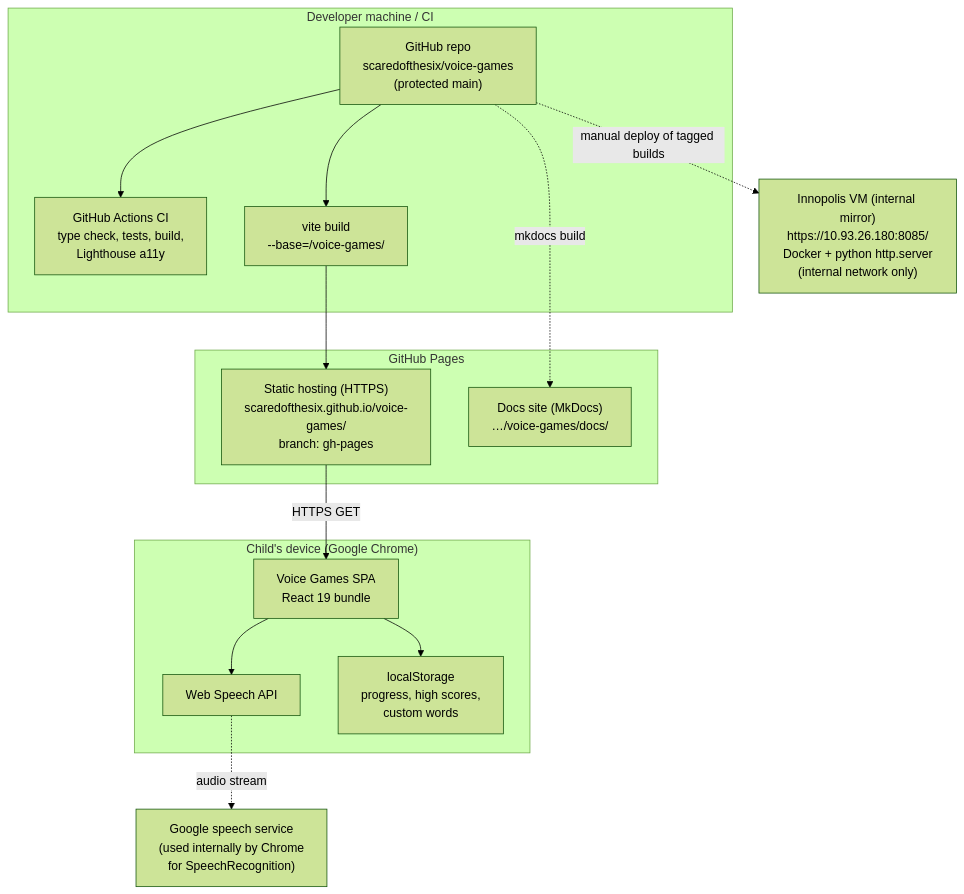
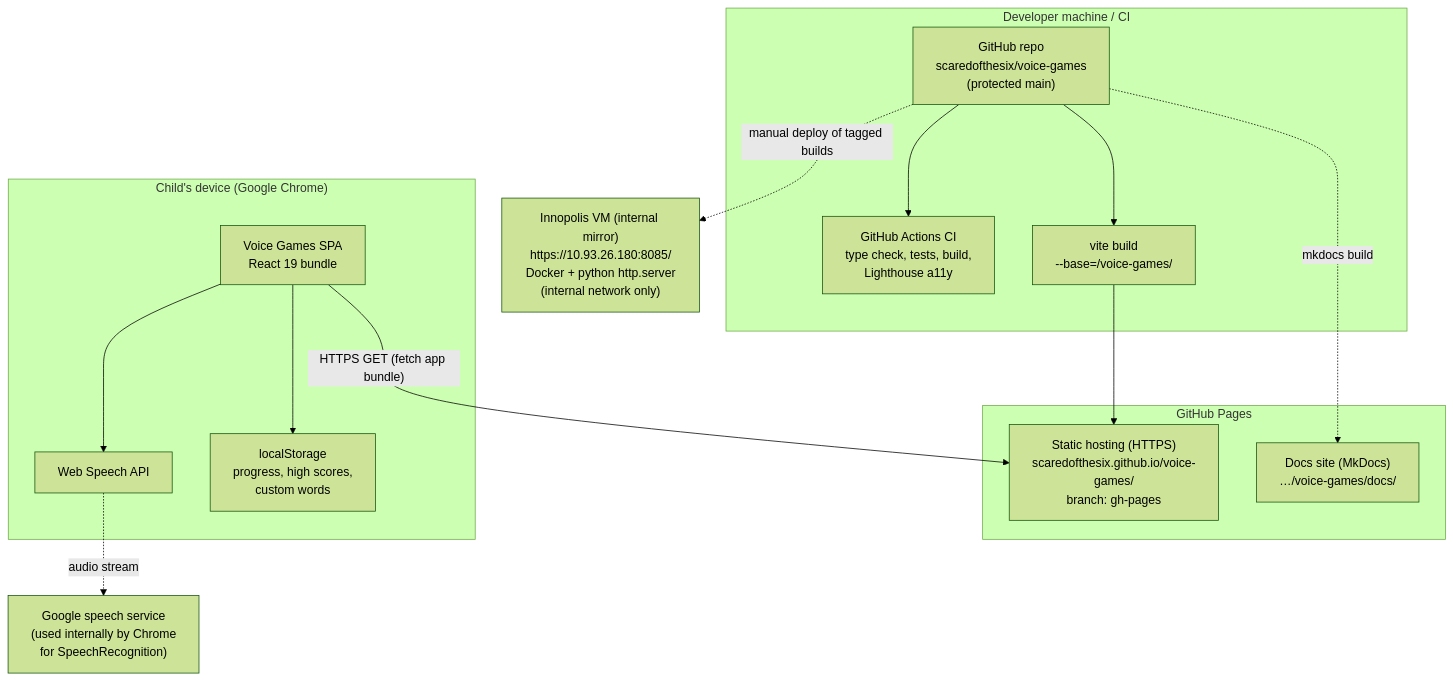
Before and after one commit to scaredofthesix/voice-games: the diagram in docs/architecture/deployment-view.md, drawn with Mermaid (forest theme). The commit also changed other lines of this file and 7 other files, not shown here.

First line of the commit message:
docs: capture the Sprint 3 customer review and fix diagram notation

````diff
--- a/docs/architecture/deployment-view.md
+++ b/docs/architecture/deployment-view.md
@@ -10,32 +24,32 @@
 ```mermaid
 flowchart TB
     subgraph Dev["Developer machine / CI"]
         Src["GitHub repo<br/>scaredofthesix/voice-games<br/>(protected main)"]
         CI["GitHub Actions CI<br/>type check, tests, build,<br/>Lighthouse a11y"]
         Build["vite build<br/>--base=/voice-games/"]
     end
 
     subgraph GH["GitHub Pages"]
         Pages["Static hosting (HTTPS)<br/>scaredofthesix.github.io/voice-games/<br/>branch: gh-pages"]
         DocsSite["Docs site (MkDocs)<br/>…/voice-games/docs/"]
     end
 
     subgraph Client["Child's device (Google Chrome)"]
         SPA["Voice Games SPA<br/>React 19 bundle"]
         WS["Web Speech API"]
         LS["localStorage<br/>progress, high scores,<br/>custom words"]
     end
 
     GSpeech["Google speech service<br/>(used internally by Chrome<br/>for SpeechRecognition)"]
 
     Src --> CI
     Src --> Build --> Pages
     Src -.->|mkdocs build| DocsSite
-    Pages -->|HTTPS GET| SPA
+    SPA -->|"HTTPS GET (fetch app bundle)"| Pages
     SPA --> WS
     SPA --> LS
     WS -.->|audio stream| GSpeech
 
     VM["Innopolis VM (internal mirror)<br/>https://10.93.26.180:8085/<br/>Docker + python http.server<br/>(internal network only)"]
     Src -.->|manual deploy of tagged builds| VM
 ```
````
